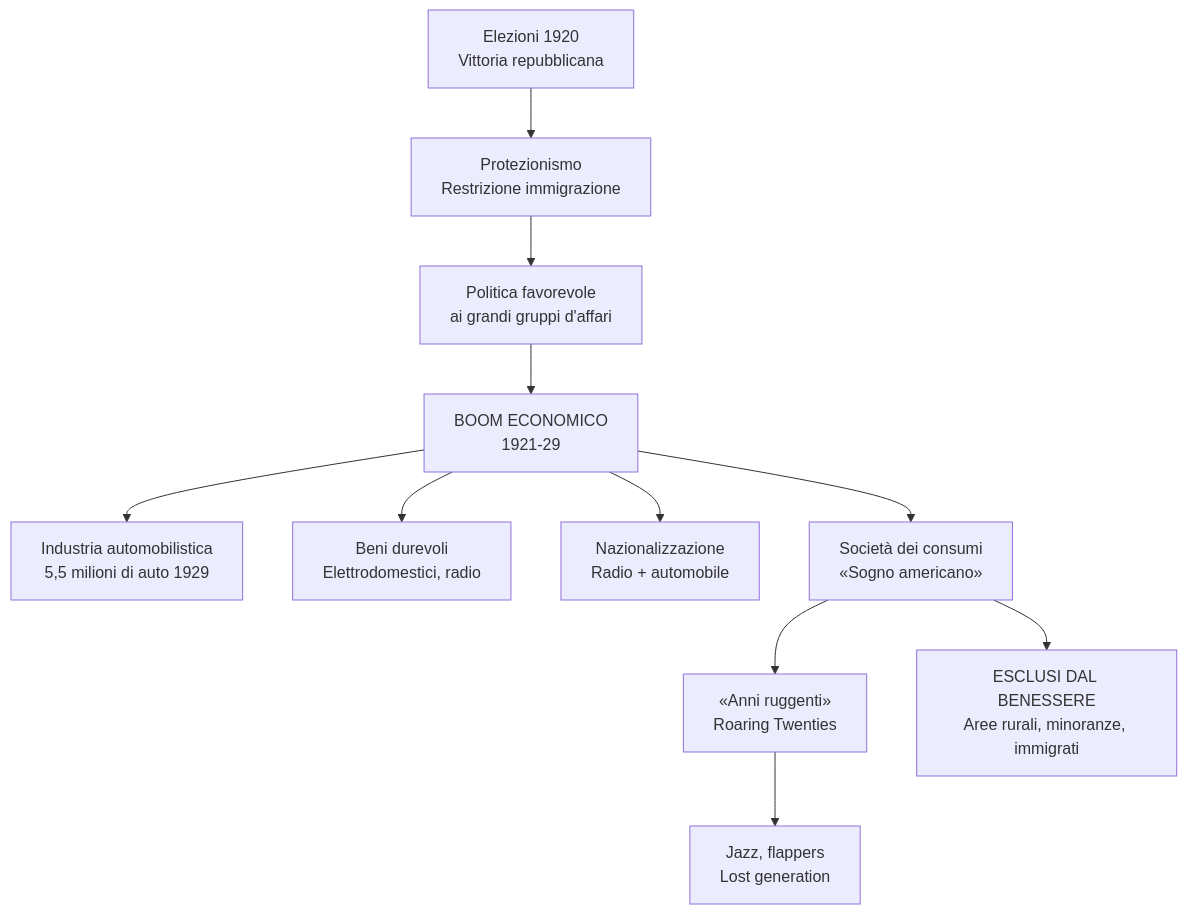
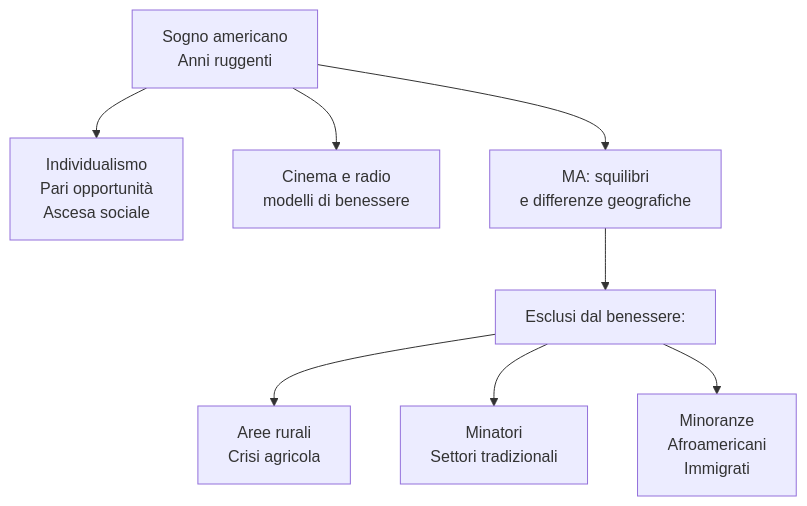
Before and after one commit to riccardo-algorime/appunti-5Bsa: the sixth of 16 diagrams in storia/materiale/studio/capitolo_3.10_studio.md, drawn with Mermaid. The commit also changed other lines of this file and 5 other files, not shown here.

````diff
--- a/storia/materiale/studio/capitolo_3.10_studio.md
+++ b/storia/materiale/studio/capitolo_3.10_studio.md
@@ -311,13 +193,10 @@
 ```mermaid
 flowchart TD
-    A[Elezioni 1920<br/>Vittoria repubblicana] --> B[Protezionismo<br/>Restrizione immigrazione]
-    B --> C[Politica favorevole<br/>ai grandi gruppi d'affari]
-    C --> D[BOOM ECONOMICO<br/>1921-29]
-    D --> E[Industria automobilistica<br/>5,5 milioni di auto 1929]
-    D --> F[Beni durevoli<br/>Elettrodomestici, radio]
-    D --> G[Nazionalizzazione<br/>Radio + automobile]
-    D --> H[Società dei consumi<br/>«Sogno americano»]
-    H --> I[«Anni ruggenti»<br/>Roaring Twenties]
-    I --> J[Jazz, flappers<br/>Lost generation]
-    H --> K[ESCLUSI DAL BENESSERE<br/>Aree rurali, minoranze, immigrati]
+    A[Sogno americano<br/>Anni ruggenti] --> B[Individualismo<br/>Pari opportunità<br/>Ascesa sociale]
+    A --> C[Cinema e radio<br/>modelli di benessere]
+    A --> D[MA: squilibri<br/>e differenze geografiche]
+    D --> E[Esclusi dal benessere:]
+    E --> F[Aree rurali<br/>Crisi agricola]
+    E --> G[Minatori<br/>Settori tradizionali]
+    E --> H[Minoranze<br/>Afroamericani<br/>Immigrati]
 ```
````
